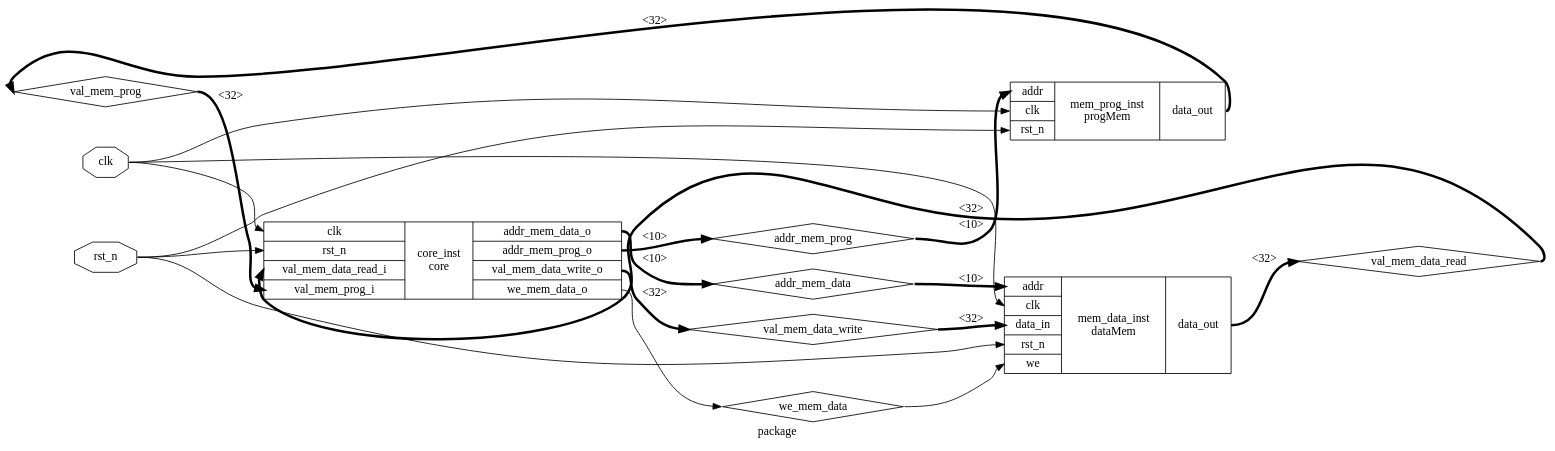
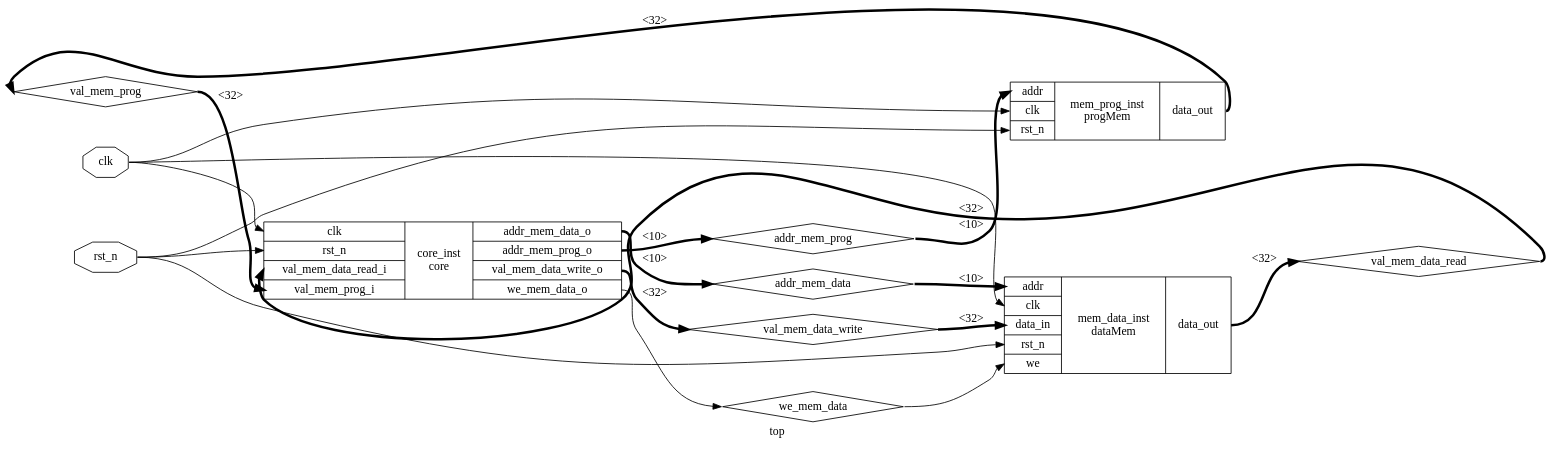
The diagram in diagrams/package.dot (4a1c0/RV32i-Verilog), drawn with Graphviz before and after one commit. The commit also changed 5 other files, not shown here.

Commit message:
package to top

```diff
--- a/diagrams/package.dot
+++ b/diagrams/package.dot
@@ -1,34 +1,34 @@
-digraph "package" {
-label="package";
+digraph "top" {
+label="top";
 rankdir="LR";
 remincross=true;
 n1 [ shape=diamond, label="val_mem_prog", color="black", fontcolor="black" ];
 n2 [ shape=diamond, label="addr_mem_prog", color="black", fontcolor="black" ];
 n3 [ shape=diamond, label="val_mem_data_read", color="black", fontcolor="black" ];
 n4 [ shape=diamond, label="val_mem_data_write", color="black", fontcolor="black" ];
 n5 [ shape=diamond, label="addr_mem_data", color="black", fontcolor="black" ];
 n6 [ shape=diamond, label="we_mem_data", color="black", fontcolor="black" ];
 n7 [ shape=octagon, label="rst_n", color="black", fontcolor="black" ];
 n8 [ shape=octagon, label="clk", color="black", fontcolor="black" ];
 c11 [ shape=record, label="{{<p9> addr|<p8> clk|<p7> rst_n}|mem_prog_inst\nprogMem|{<p10> data_out}}" ];
 c14 [ shape=record, label="{{<p9> addr|<p8> clk|<p12> data_in|<p7> rst_n|<p13> we}|mem_data_inst\ndataMem|{<p10> data_out}}" ];
 c21 [ shape=record, label="{{<p8> clk|<p7> rst_n|<p15> val_mem_data_read_i|<p16> val_mem_prog_i}|core_inst\ncore|{<p17> addr_mem_data_o|<p18> addr_mem_prog_o|<p19> val_mem_data_write_o|<p20> we_mem_data_o}}" ];
 c11:p10:e -> n1:w [color="black", style="setlinewidth(3)", label="<32>"];
 n1:e -> c21:p16:w [color="black", style="setlinewidth(3)", label="<32>"];
 c21:p18:e -> n2:w [color="black", style="setlinewidth(3)", label="<10>"];
 n2:e -> c11:p9:w [color="black", style="setlinewidth(3)", label="<10>"];
 c14:p10:e -> n3:w [color="black", style="setlinewidth(3)", label="<32>"];
 n3:e -> c21:p15:w [color="black", style="setlinewidth(3)", label="<32>"];
 c21:p19:e -> n4:w [color="black", style="setlinewidth(3)", label="<32>"];
 n4:e -> c14:p12:w [color="black", style="setlinewidth(3)", label="<32>"];
 c21:p17:e -> n5:w [color="black", style="setlinewidth(3)", label="<10>"];
 n5:e -> c14:p9:w [color="black", style="setlinewidth(3)", label="<10>"];
 c21:p20:e -> n6:w [color="black", label=""];
 n6:e -> c14:p13:w [color="black", label=""];
 n7:e -> c11:p7:w [color="black", label=""];
 n7:e -> c14:p7:w [color="black", label=""];
 n7:e -> c21:p7:w [color="black", label=""];
 n8:e -> c11:p8:w [color="black", label=""];
 n8:e -> c14:p8:w [color="black", label=""];
 n8:e -> c21:p8:w [color="black", label=""];
 }
```
